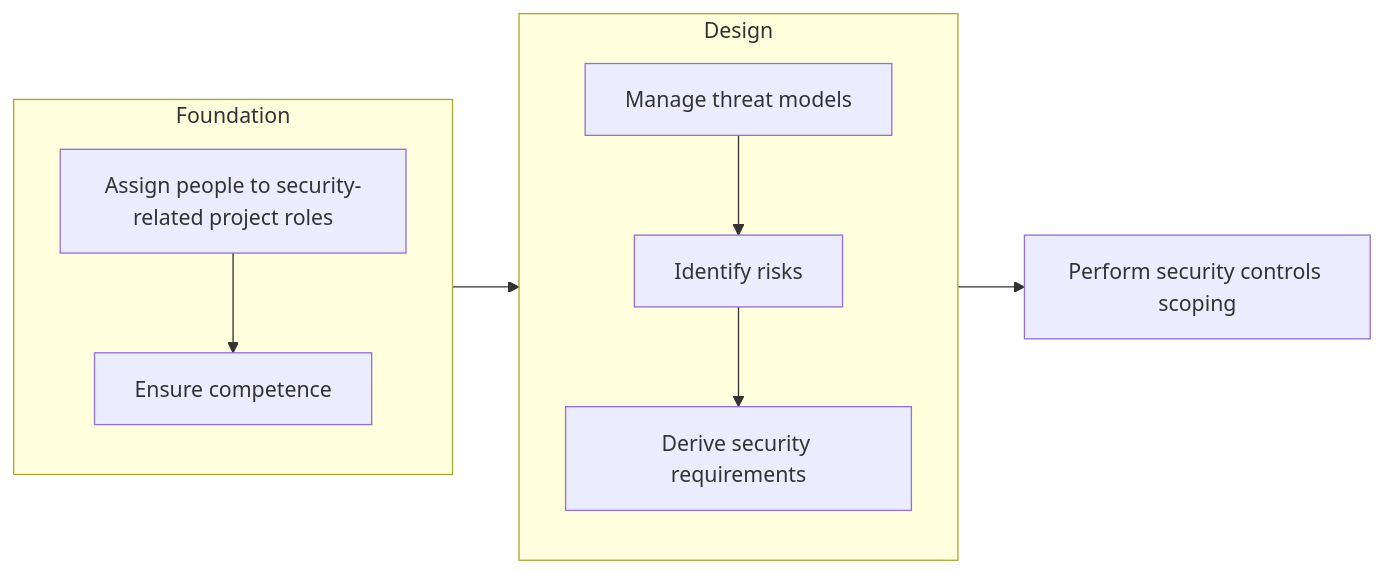
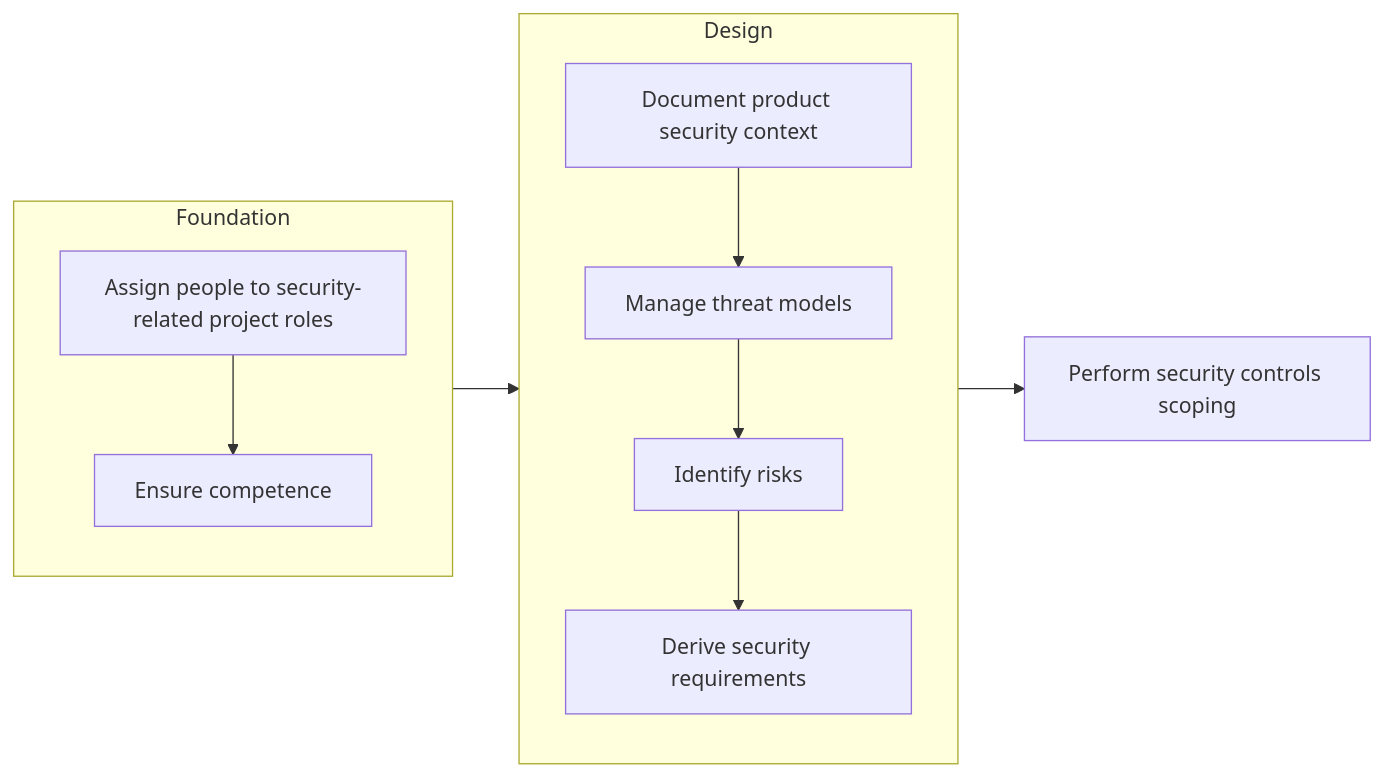
Before and after one commit to CyberismoCom/module-secure-development-essentials: the second of 2 diagrams in cardRoot/secdeva_4eemdk6z/c/secdeva_w9zerttz/index.adoc, drawn with Mermaid. The commit also changed other lines of this file and 4 other files, not shown here.

```diff
--- a/cardRoot/secdeva_4eemdk6z/c/secdeva_w9zerttz/index.adoc
+++ b/cardRoot/secdeva_4eemdk6z/c/secdeva_w9zerttz/index.adoc
@@ -42,15 +42,16 @@
 [mermaid]
 ----
 flowchart LR
     subgraph F[Foundation]
       direction TB
       R[Assign people to security-related project roles] --> C[Ensure competence]
     end
     subgraph D[Design]
       direction TB
-      TM[Manage threat models] --> RI[Identify risks]
+      SC[Document product security context] --> TM[Manage threat models]
+      TM --> RI[Identify risks]
       RI --> SR[Derive security requirements]
     end
     F --> D
     D --> Next[Perform security controls scoping]
 ----
```
